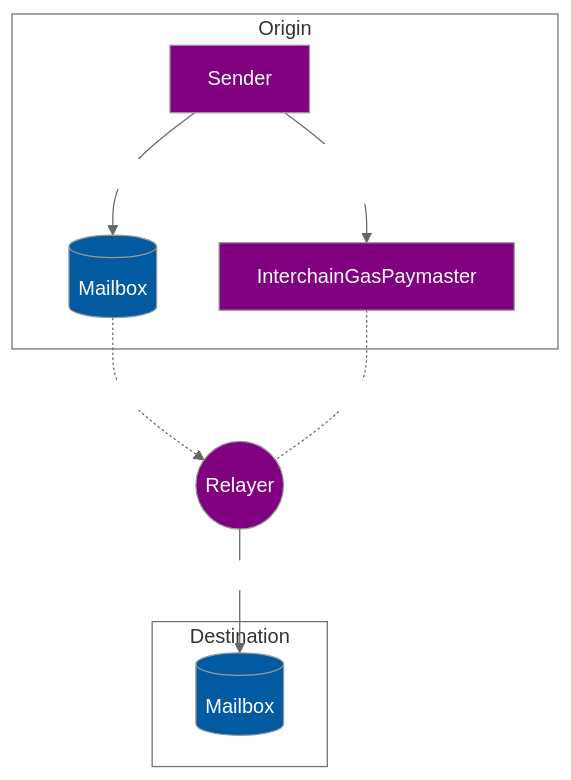
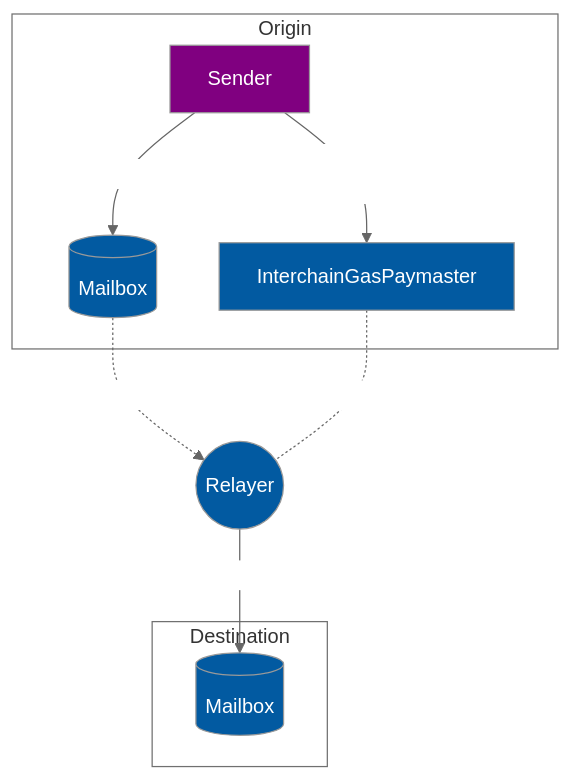
One commit to hyperlane-xyz/v2-docs changed the diagram in diagrams/interchain-gas.md. Above: the diagram before and after it, drawn with Mermaid. The commit also changed 5 other files, not shown here.

Commit message:
More consistency in diagrams and styling

````diff
--- a/diagrams/interchain-gas.md
+++ b/diagrams/interchain-gas.md
@@ -1,37 +1,35 @@
 ```mermaid
 %%{ init: {
   "theme": "neutral",
   "themeVariables": {
     "mainBkg": "#025AA1",
     "textColor": "white",
     "clusterBkg": "white"
   },
   "themeCSS": ".edgeLabel { color: black }"
 }}%%
 
 flowchart TB
     subgraph Origin
       Sender
       M_O[(Mailbox)]
       IGP[InterchainGasPaymaster]
       Sender -- "id = dispatch()" --> M_O
       Sender -- "payForGas(id)\n{value: payment}" --> IGP
     end
 
     Relayer((Relayer))
 
     M_O -. "indexing" .-> Relayer
     IGP -. "paymaster" .- Relayer
 
     subgraph Destination
       M_D[(Mailbox)]
     end
 
     Relayer -- "process()" --> M_D
 
     style Sender fill:purple
-    style Relayer fill:purple
-    style IGP fill:purple
 
     click IGP https://github.com/hyperlane-xyz/hyperlane-monorepo/blob/main/solidity/contracts/igps/InterchainGasPaymaster.sol
 ```
````
